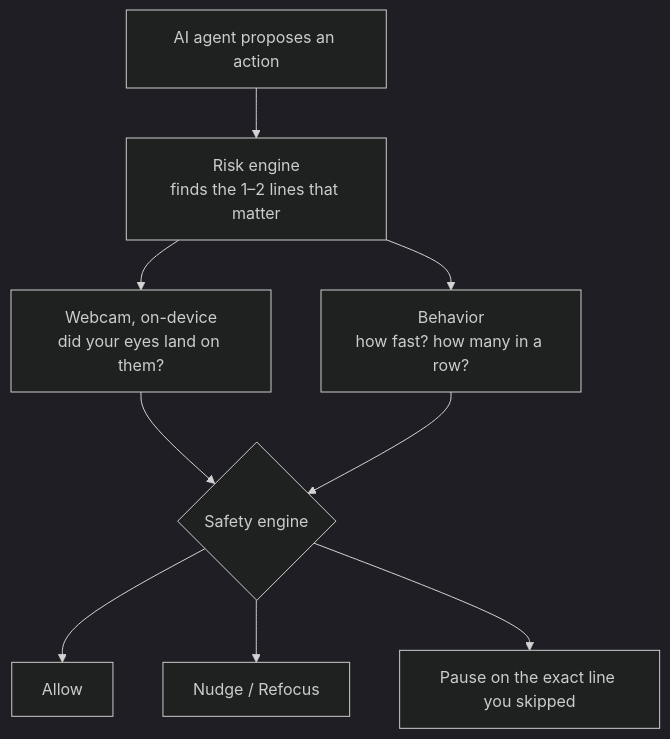
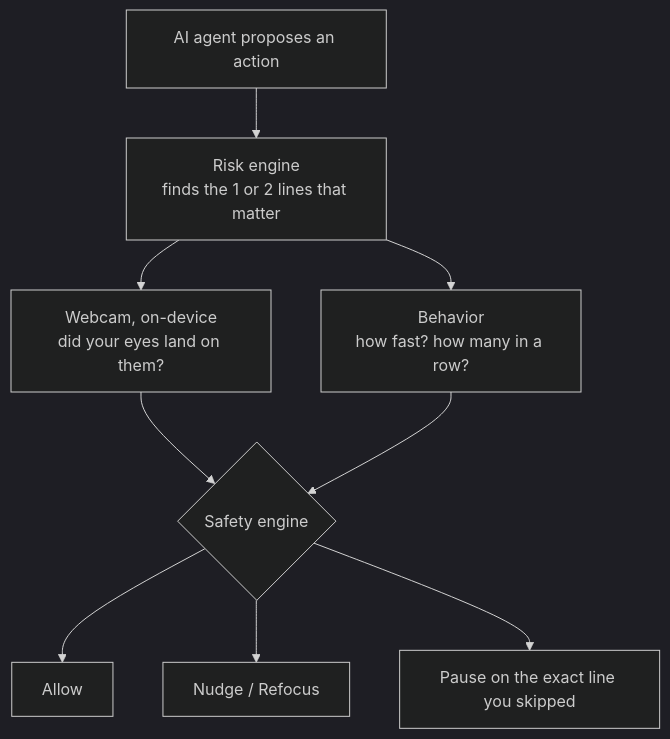
One commit to bilal-feroz/OverSight changed the diagram in README.md. Above: the diagram before and after it, drawn with Mermaid (dark theme). The commit also changed 7 other files, not shown here.

````diff
--- a/README.md
+++ b/README.md
@@ -65,11 +65,11 @@
 ```mermaid
 flowchart TD
-  A["AI agent proposes an action"] --> B["Risk engine<br/>finds the 1–2 lines that matter"]
+  A["AI agent proposes an action"] --> B["Risk engine<br/>finds the 1 or 2 lines that matter"]
   B --> C["Webcam, on-device<br/>did your eyes land on them?"]
   B --> D["Behavior<br/>how fast? how many in a row?"]
   C --> E{"Safety engine"}
   D --> E
   E --> F["Allow"]
   E --> G["Nudge / Refocus"]
   E --> H["Pause on the exact line you skipped"]
 ```
````
